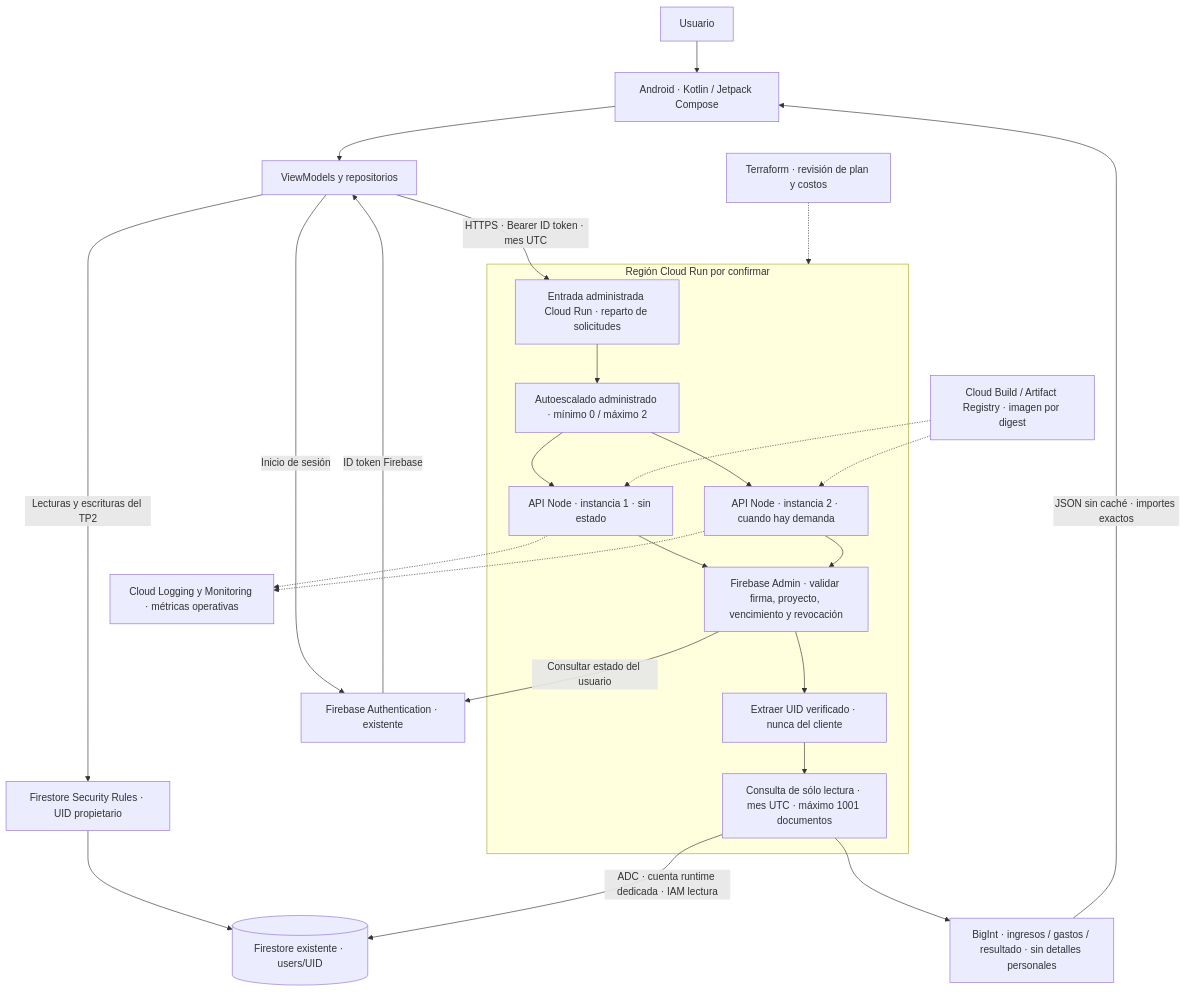
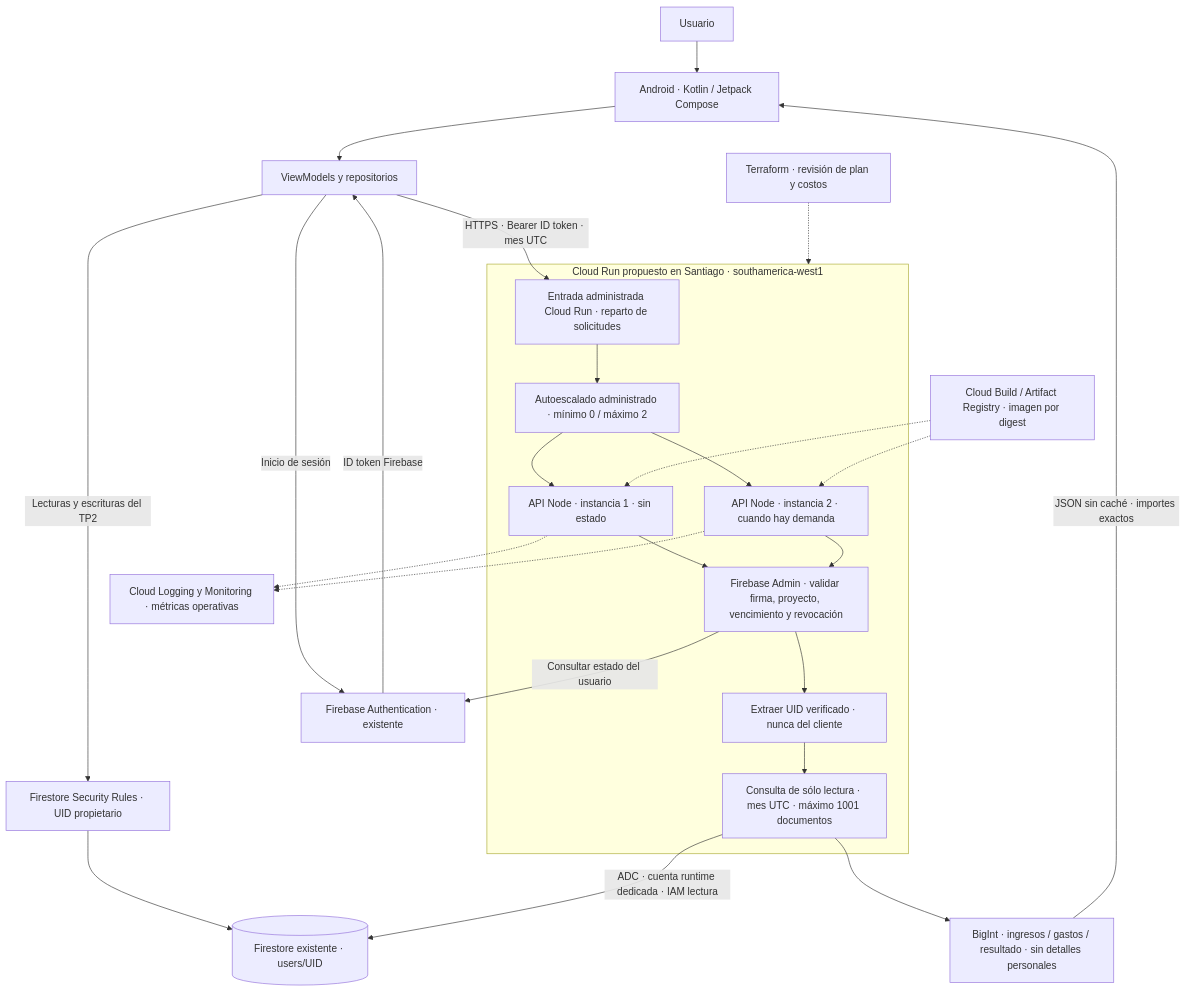
One commit to IgnacioMaidana7/finanzas-app-android changed the diagram in docs/tp3/03-arquitectura.md. Above: the diagram before and after it, drawn with Mermaid. The commit also changed other lines of this file and 10 other files, not shown here.

Commit message:
docs(tp3): record read-only cloud review and align proposed region

````diff
--- a/docs/tp3/03-arquitectura.md
+++ b/docs/tp3/03-arquitectura.md
@@ -9,29 +9,29 @@
 ```mermaid
 flowchart TB
     U[Usuario] --> M[Android · Kotlin / Jetpack Compose]
     M --> V[ViewModels y repositorios]
     V -->|Inicio de sesión| A[Firebase Authentication · existente]
     A -->|ID token Firebase| V
     V -->|Lecturas y escrituras del TP2| RULES[Firestore Security Rules · UID propietario]
     RULES --> DB[(Firestore existente · users/UID)]
 
     V -->|HTTPS · Bearer ID token · mes UTC| LB[Entrada administrada Cloud Run · reparto de solicitudes]
-    subgraph REGION[Región Cloud Run por confirmar]
+    subgraph REGION[Cloud Run propuesto en Santiago · southamerica-west1]
         LB --> AUT[Autoescalado administrado · mínimo 0 / máximo 2]
         AUT --> N1[API Node · instancia 1 · sin estado]
         AUT --> N2[API Node · instancia 2 · cuando hay demanda]
         N1 --> VERIFY[Firebase Admin · validar firma, proyecto, vencimiento y revocación]
         N2 --> VERIFY
         VERIFY --> UID[Extraer UID verificado · nunca del cliente]
         UID --> QUERY[Consulta de sólo lectura · mes UTC · máximo 1001 documentos]
     end
     VERIFY -->|Consultar estado del usuario| A
     QUERY -->|ADC · cuenta runtime dedicada · IAM lectura| DB
     QUERY --> TOTAL[BigInt · ingresos / gastos / resultado · sin detalles personales]
     TOTAL -->|JSON sin caché · importes exactos| M
     N1 -.-> OBS[Cloud Logging y Monitoring · métricas operativas]
     N2 -.-> OBS
     TF[Terraform · revisión de plan y costos] -.-> REGION
     BUILD[Cloud Build / Artifact Registry · imagen por digest] -.-> N1
     BUILD -.-> N2
 ```
````
